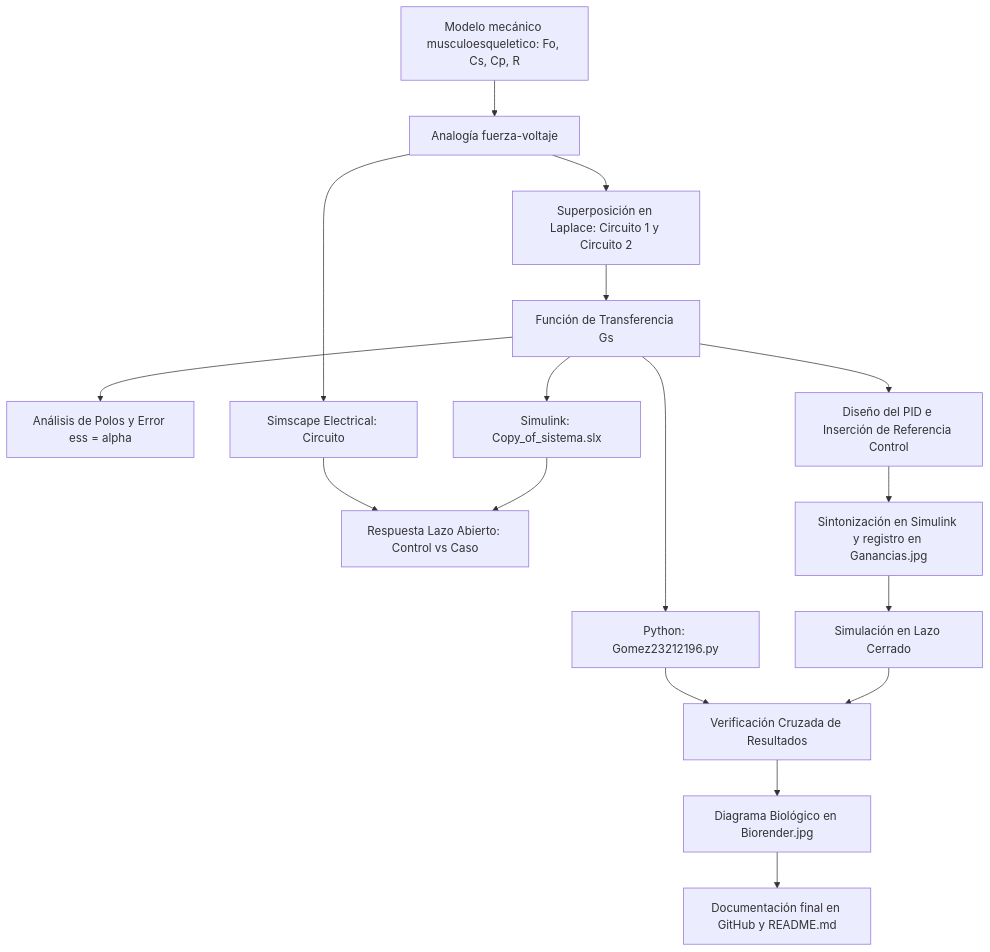
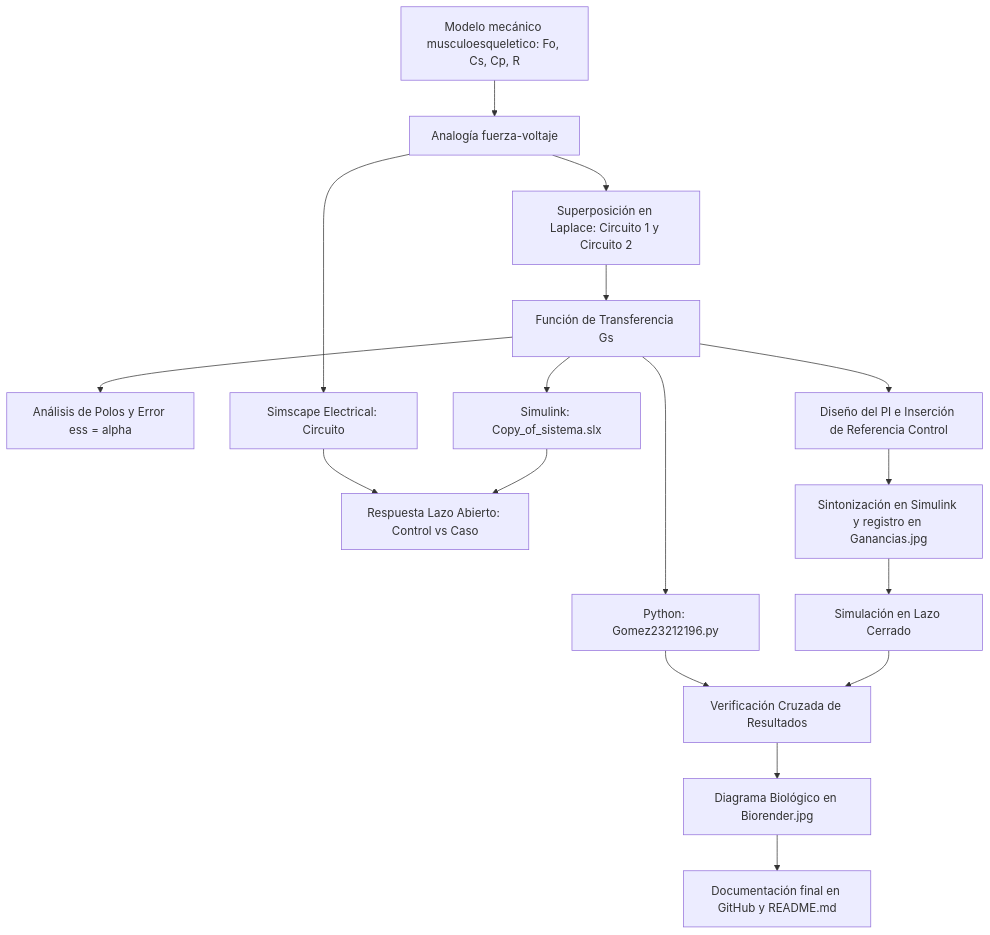
One commit to EmiCrack132/MSFP3 changed the second of 2 diagrams in README.md. Above: the diagram before and after it, drawn with Mermaid. The commit also changed other lines of this file, not shown here.

````diff
--- a/README.md
+++ b/README.md
@@ -293,19 +293,19 @@
 ```mermaid
 flowchart TD
     A[Modelo mecánico musculoesqueletico: Fo, Cs, Cp, R] --> B[Analogía fuerza-voltaje]
     B --> C[Superposición en Laplace: Circuito 1 y Circuito 2]
     C --> D[Función de Transferencia Gs]
     D --> E[Análisis de Polos y Error ess = alpha]
     D --> F[Simulink: Copy_of_sistema.slx]
     B --> G[Simscape Electrical: Circuito]
     F --> H[Respuesta Lazo Abierto: Control vs Caso]
     G --> H
-    D --> I[Diseño del PID e Inserción de Referencia Control]
+    D --> I[Diseño del PI e Inserción de Referencia Control]
     I --> J[Sintonización en Simulink y registro en Ganancias.jpg]
     J --> K[Simulación en Lazo Cerrado]
     D --> L[Python: Gomez23212196.py]
     K --> M[Verificación Cruzada de Resultados]
     L --> M
     M --> N[Diagrama Biológico en Biorender.jpg]
     N --> O[Documentación final en GitHub y README.md]
 ```
````
